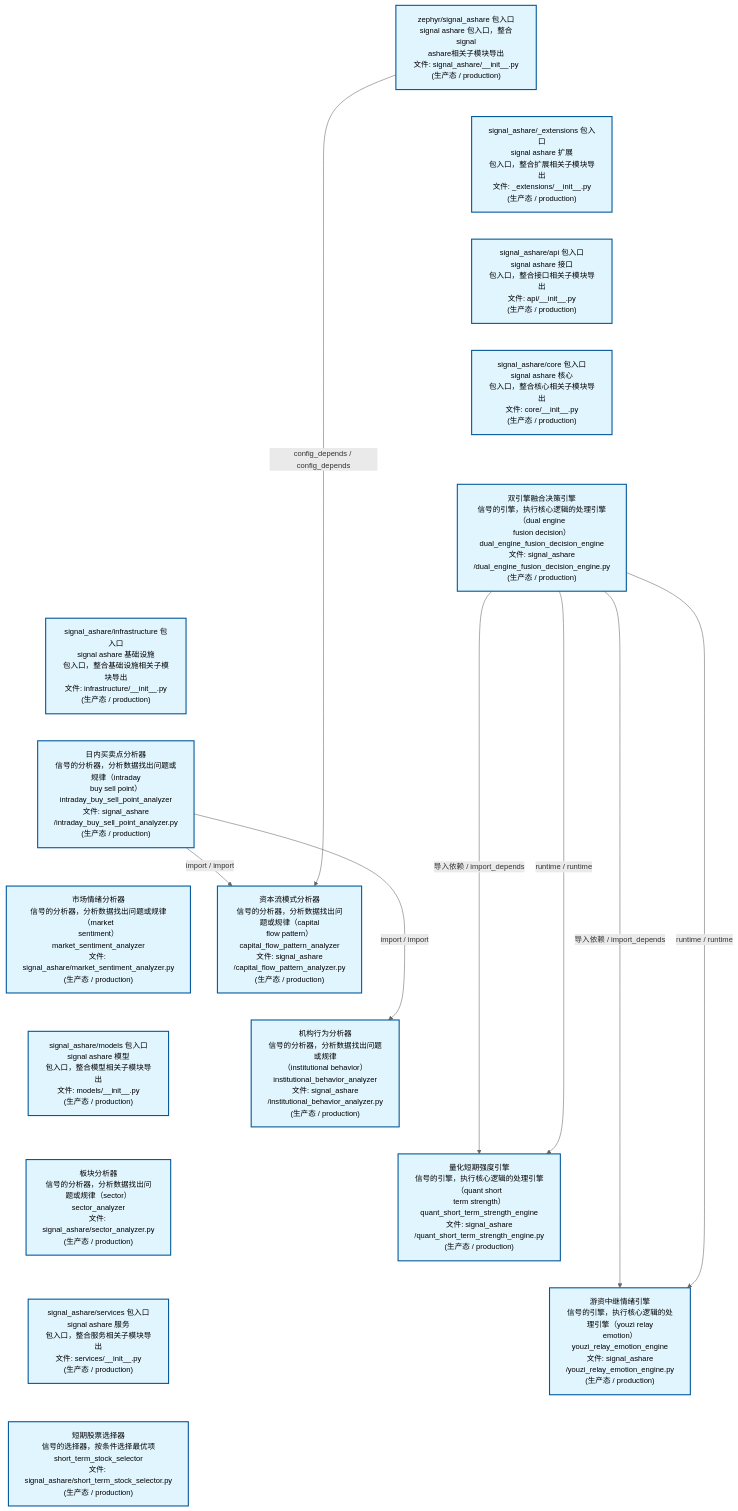
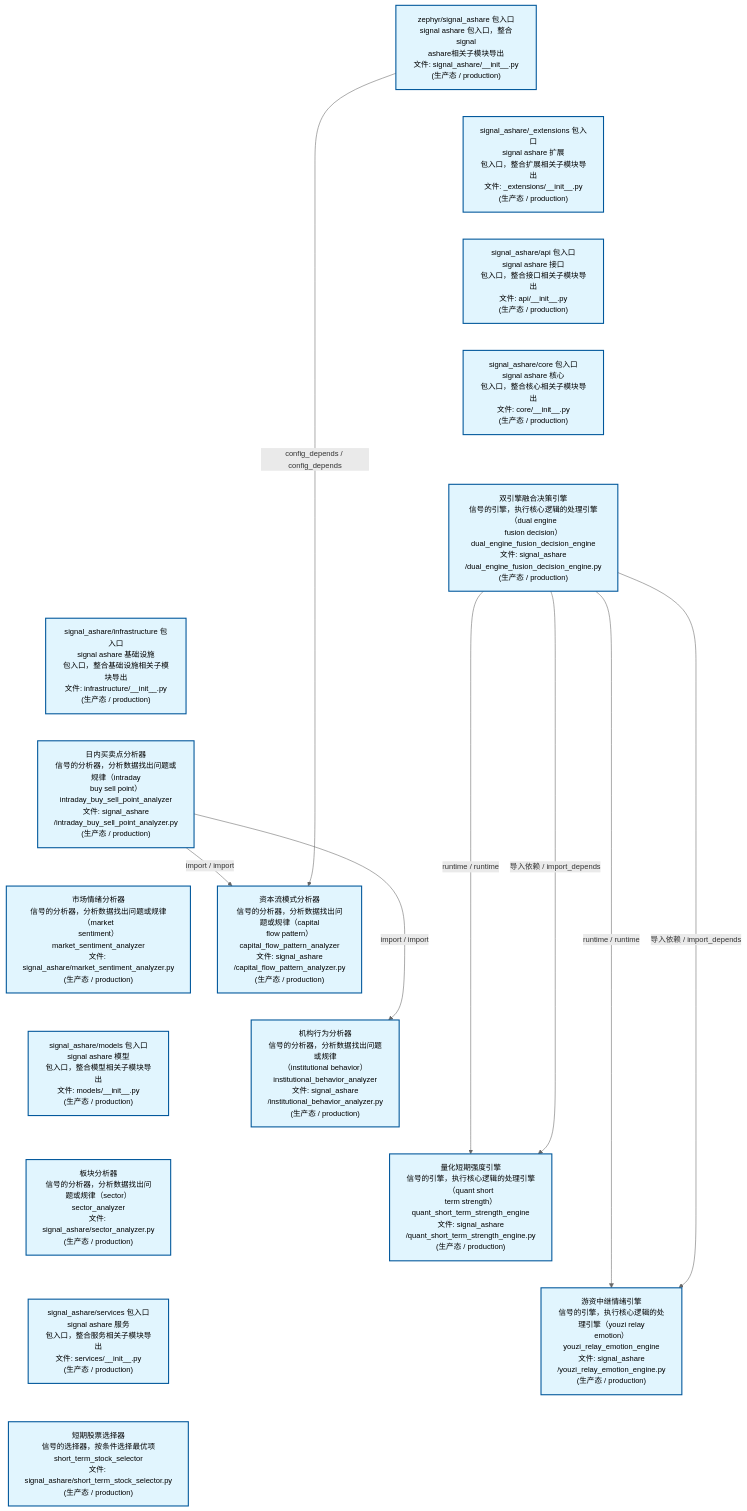
Before and after one commit to xuanFelixVan/ZephyrAlpha: the second of 4 diagrams in docs/02_enterprise_architecture/02_domain_architecture_docs/32_d_ashare_signal.md, drawn with Mermaid. The commit also changed other lines of this file and 66 other files, not shown here.

````diff
--- a/docs/02_enterprise_architecture/02_domain_architecture_docs/32_d_ashare_signal.md
+++ b/docs/02_enterprise_architecture/02_domain_architecture_docs/32_d_ashare_signal.md
@@ -163,46 +163,46 @@
 ```mermaid
 %%{init: {'theme': 'base', 'themeVariables': {'primaryColor': '#eaeaea', 'primaryTextColor': '#333333', 'primaryBorderColor': '#666666', 'lineColor': '#666666', 'secondaryColor': '#eaeaea', 'tertiaryColor': '#eaeaea', 'fontSize': '14px'}}}%%
 flowchart TD
     src_zephyr_signal_ashare_init_py["zephyr/signal_ashare 包入口<br/>signal ashare 包入口，整合signal<br/>ashare相关子模块导出<br/>文件: signal_ashare/__init__.py<br/>(生产态 / production)"]
     src_zephyr_signal_ashare_extensions_init_py["signal_ashare/_extensions 包入口<br/>signal ashare 扩展<br/>包入口，整合扩展相关子模块导出<br/>文件: _extensions/__init__.py<br/>(生产态 / production)"]
     src_zephyr_signal_ashare_api_init_py["signal_ashare/api 包入口<br/>signal ashare 接口<br/>包入口，整合接口相关子模块导出<br/>文件: api/__init__.py<br/>(生产态 / production)"]
     src_zephyr_signal_ashare_core_init_py["signal_ashare/core 包入口<br/>signal ashare 核心<br/>包入口，整合核心相关子模块导出<br/>文件: core/__init__.py<br/>(生产态 / production)"]
     src_zephyr_signal_ashare_dual_engine_fusion_decision_engine_py["双引擎融合决策引擎<br/>信号的引擎，执行核心逻辑的处理引擎（dual engine<br/>fusion decision）<br/>dual_engine_fusion_decision_engine<br/>文件: signal_ashare<br/>/dual_engine_fusion_decision_engine.py<br/>(生产态 / production)"]
     src_zephyr_signal_ashare_infrastructure_init_py["signal_ashare/infrastructure 包入口<br/>signal ashare 基础设施<br/>包入口，整合基础设施相关子模块导出<br/>文件: infrastructure/__init__.py<br/>(生产态 / production)"]
     src_zephyr_signal_ashare_intraday_buy_sell_point_analyzer_py["日内买卖点分析器<br/>信号的分析器，分析数据找出问题或规律（intraday<br/>buy sell point）<br/>intraday_buy_sell_point_analyzer<br/>文件: signal_ashare<br/>/intraday_buy_sell_point_analyzer.py<br/>(生产态 / production)"]
     src_zephyr_signal_ashare_market_sentiment_analyzer_py["市场情绪分析器<br/>信号的分析器，分析数据找出问题或规律（market<br/>sentiment）<br/>market_sentiment_analyzer<br/>文件: signal_ashare/market_sentiment_analyzer.py<br/>(生产态 / production)"]
     src_zephyr_signal_ashare_models_init_py["signal_ashare/models 包入口<br/>signal ashare 模型<br/>包入口，整合模型相关子模块导出<br/>文件: models/__init__.py<br/>(生产态 / production)"]
     src_zephyr_signal_ashare_sector_analyzer_py["板块分析器<br/>信号的分析器，分析数据找出问题或规律（sector）<br/>sector_analyzer<br/>文件: signal_ashare/sector_analyzer.py<br/>(生产态 / production)"]
     src_zephyr_signal_ashare_services_init_py["signal_ashare/services 包入口<br/>signal ashare 服务<br/>包入口，整合服务相关子模块导出<br/>文件: services/__init__.py<br/>(生产态 / production)"]
     src_zephyr_signal_ashare_short_term_stock_selector_py["短期股票选择器<br/>信号的选择器，按条件选择最优项<br/>short_term_stock_selector<br/>文件: signal_ashare/short_term_stock_selector.py<br/>(生产态 / production)"]
     src_zephyr_signal_ashare_init_py ~~~ src_zephyr_signal_ashare_extensions_init_py
     src_zephyr_signal_ashare_extensions_init_py ~~~ src_zephyr_signal_ashare_api_init_py
     src_zephyr_signal_ashare_api_init_py ~~~ src_zephyr_signal_ashare_core_init_py
     src_zephyr_signal_ashare_core_init_py ~~~ src_zephyr_signal_ashare_dual_engine_fusion_decision_engine_py
     src_zephyr_signal_ashare_dual_engine_fusion_decision_engine_py ~~~ src_zephyr_signal_ashare_infrastructure_init_py
     src_zephyr_signal_ashare_infrastructure_init_py ~~~ src_zephyr_signal_ashare_intraday_buy_sell_point_analyzer_py
     src_zephyr_signal_ashare_intraday_buy_sell_point_analyzer_py ~~~ src_zephyr_signal_ashare_market_sentiment_analyzer_py
     src_zephyr_signal_ashare_market_sentiment_analyzer_py ~~~ src_zephyr_signal_ashare_models_init_py
     src_zephyr_signal_ashare_models_init_py ~~~ src_zephyr_signal_ashare_sector_analyzer_py
     src_zephyr_signal_ashare_sector_analyzer_py ~~~ src_zephyr_signal_ashare_services_init_py
     src_zephyr_signal_ashare_services_init_py ~~~ src_zephyr_signal_ashare_short_term_stock_selector_py
     src_zephyr_signal_ashare_capital_flow_pattern_analyzer_py["资本流模式分析器<br/>信号的分析器，分析数据找出问题或规律（capital<br/>flow pattern）<br/>capital_flow_pattern_analyzer<br/>文件: signal_ashare<br/>/capital_flow_pattern_analyzer.py<br/>(生产态 / production)"]
     src_zephyr_signal_ashare_institutional_behavior_analyzer_py["机构行为分析器<br/>信号的分析器，分析数据找出问题或规律<br/>（institutional behavior）<br/>institutional_behavior_analyzer<br/>文件: signal_ashare<br/>/institutional_behavior_analyzer.py<br/>(生产态 / production)"]
     src_zephyr_signal_ashare_quant_short_term_strength_engine_py["量化短期强度引擎<br/>信号的引擎，执行核心逻辑的处理引擎（quant short<br/>term strength）<br/>quant_short_term_strength_engine<br/>文件: signal_ashare<br/>/quant_short_term_strength_engine.py<br/>(生产态 / production)"]
     src_zephyr_signal_ashare_youzi_relay_emotion_engine_py["游资中继情绪引擎<br/>信号的引擎，执行核心逻辑的处理引擎（youzi relay<br/>emotion）<br/>youzi_relay_emotion_engine<br/>文件: signal_ashare<br/>/youzi_relay_emotion_engine.py<br/>(生产态 / production)"]
     src_zephyr_signal_ashare_capital_flow_pattern_analyzer_py ~~~ src_zephyr_signal_ashare_institutional_behavior_analyzer_py
     src_zephyr_signal_ashare_institutional_behavior_analyzer_py ~~~ src_zephyr_signal_ashare_quant_short_term_strength_engine_py
     src_zephyr_signal_ashare_quant_short_term_strength_engine_py ~~~ src_zephyr_signal_ashare_youzi_relay_emotion_engine_py
+    src_zephyr_signal_ashare_dual_engine_fusion_decision_engine_py -->|runtime / runtime| src_zephyr_signal_ashare_youzi_relay_emotion_engine_py
+    src_zephyr_signal_ashare_dual_engine_fusion_decision_engine_py -->|导入依赖 / import_depends| src_zephyr_signal_ashare_youzi_relay_emotion_engine_py
+    src_zephyr_signal_ashare_dual_engine_fusion_decision_engine_py -->|runtime / runtime| src_zephyr_signal_ashare_quant_short_term_strength_engine_py
     src_zephyr_signal_ashare_dual_engine_fusion_decision_engine_py -->|导入依赖 / import_depends| src_zephyr_signal_ashare_quant_short_term_strength_engine_py
-    src_zephyr_signal_ashare_dual_engine_fusion_decision_engine_py -->|runtime / runtime| src_zephyr_signal_ashare_quant_short_term_strength_engine_py
-    src_zephyr_signal_ashare_dual_engine_fusion_decision_engine_py -->|导入依赖 / import_depends| src_zephyr_signal_ashare_youzi_relay_emotion_engine_py
-    src_zephyr_signal_ashare_dual_engine_fusion_decision_engine_py -->|runtime / runtime| src_zephyr_signal_ashare_youzi_relay_emotion_engine_py
     src_zephyr_signal_ashare_intraday_buy_sell_point_analyzer_py -->|import / import| src_zephyr_signal_ashare_capital_flow_pattern_analyzer_py
     src_zephyr_signal_ashare_intraday_buy_sell_point_analyzer_py -->|import / import| src_zephyr_signal_ashare_institutional_behavior_analyzer_py
     src_zephyr_signal_ashare_init_py -->|config_depends / config_depends| src_zephyr_signal_ashare_capital_flow_pattern_analyzer_py
     classDef production fill:#e1f5fe,stroke:#01579b,stroke-width:2px,color:#000
     classDef design fill:#fff3e0,stroke:#e65100,stroke-width:2px,color:#000,stroke-dasharray: 5 5
     classDef external_prod fill:#e8f4fd,stroke:#0277bd,stroke-width:1px,color:#000
     classDef external_design fill:#fff8e7,stroke:#ef6c00,stroke-width:1px,color:#000,stroke-dasharray: 5 5
     class src_zephyr_signal_ashare_init_py,src_zephyr_signal_ashare_extensions_init_py,src_zephyr_signal_ashare_api_init_py,src_zephyr_signal_ashare_capital_flow_pattern_analyzer_py,src_zephyr_signal_ashare_core_init_py,src_zephyr_signal_ashare_dual_engine_fusion_decision_engine_py,src_zephyr_signal_ashare_infrastructure_init_py,src_zephyr_signal_ashare_institutional_behavior_analyzer_py,src_zephyr_signal_ashare_intraday_buy_sell_point_analyzer_py,src_zephyr_signal_ashare_market_sentiment_analyzer_py,src_zephyr_signal_ashare_models_init_py,src_zephyr_signal_ashare_quant_short_term_strength_engine_py,src_zephyr_signal_ashare_sector_analyzer_py,src_zephyr_signal_ashare_services_init_py,src_zephyr_signal_ashare_short_term_stock_selector_py,src_zephyr_signal_ashare_youzi_relay_emotion_engine_py production
 ```
````
